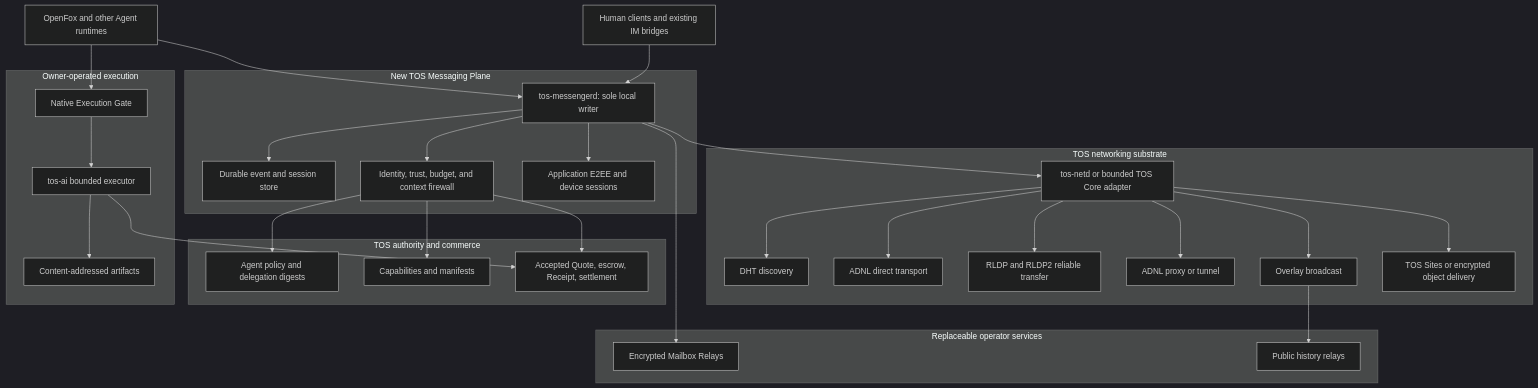
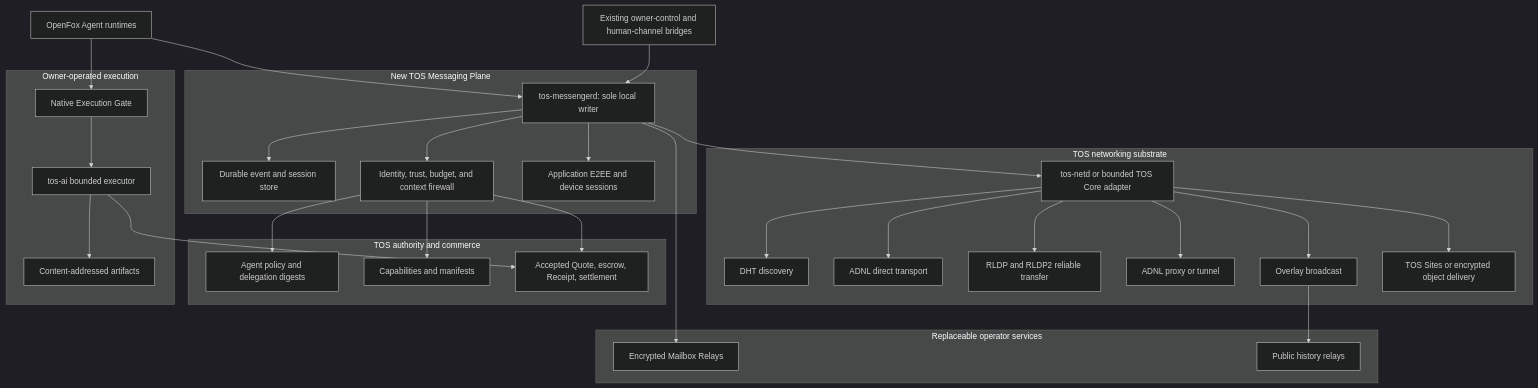
Before and after one commit to tosnetwork/tos-service-spec: the diagram in docs/AGENT_NATIVE_MESSENGER_V1.md, drawn with Mermaid (dark theme). The commit also changed other lines of this file and 3 other files, not shown here.

Commit message:
docs: make Agent Messenger roadmap OpenFox-only

````diff
--- a/docs/AGENT_NATIVE_MESSENGER_V1.md
+++ b/docs/AGENT_NATIVE_MESSENGER_V1.md
@@ -609,61 +613,61 @@
 ```mermaid
 flowchart TB
-    Humans[Human clients and existing IM bridges]
-    Agents[OpenFox and other Agent runtimes]
+    Channels[Existing owner-control and human-channel bridges]
+    Agents[OpenFox Agent runtimes]
 
     subgraph Messaging[New TOS Messaging Plane]
         Daemon[tos-messengerd: sole local writer]
         Store[Durable event and session store]
         Policy[Identity, trust, budget, and context firewall]
         Crypto[Application E2EE and device sessions]
     end
 
     subgraph Transport[TOS networking substrate]
         NetAdapter[tos-netd or bounded TOS Core adapter]
         DHT[DHT discovery]
         ADNL[ADNL direct transport]
         RLDP[RLDP and RLDP2 reliable transfer]
         Proxy[ADNL proxy or tunnel]
         Overlay[Overlay broadcast]
         Sites[TOS Sites or encrypted object delivery]
     end
 
     subgraph Relays[Replaceable operator services]
         Mailbox[Encrypted Mailbox Relays]
         History[Public history relays]
     end
 
     subgraph Authority[TOS authority and commerce]
         Identity[Agent policy and delegation digests]
         Capability[Capabilities and manifests]
         Commerce[Accepted Quote, escrow, Receipt, settlement]
     end
 
     subgraph Execution[Owner-operated execution]
         Gate[Native Execution Gate]
         TOSAI[tos-ai bounded executor]
         Artifacts[Content-addressed artifacts]
     end
 
-    Humans --> Daemon
+    Channels --> Daemon
     Agents --> Daemon
     Daemon --> Store
     Daemon --> Policy
     Daemon --> Crypto
     Daemon --> NetAdapter
     NetAdapter --> DHT
     NetAdapter --> ADNL
     NetAdapter --> RLDP
     NetAdapter --> Proxy
     NetAdapter --> Overlay
     NetAdapter --> Sites
     Daemon --> Mailbox
     Overlay --> History
     Policy --> Identity
     Policy --> Capability
     Policy --> Commerce
     Agents --> Gate
     Gate --> TOSAI
     TOSAI --> Artifacts
     TOSAI --> Commerce
 ```
````
